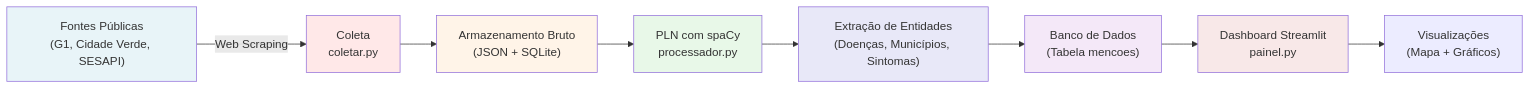
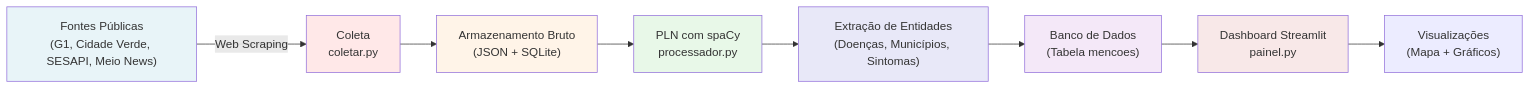
The first of 6 diagrams in docs/relatorio_tecnico.md (pedrolucas2530/E-Piau-), drawn with Mermaid before and after one commit. The commit also changed other lines of this file and 22 other files, not shown here.

````diff
--- a/docs/relatorio_tecnico.md
+++ b/docs/relatorio_tecnico.md
@@ -5,18 +5,18 @@
 ```mermaid
 graph LR
-    A["Fontes Públicas<br/>(G1, Cidade Verde, SESAPI)"] -->|Web Scraping| B["Coleta<br/>coletar.py"]
+    A["Fontes Públicas<br/>(G1, Cidade Verde, SESAPI, Meio News)"] -->|Web Scraping| B["Coleta<br/>coletar.py"]
     B --> C["Armazenamento Bruto<br/>(JSON + SQLite)"]
     C --> D["PLN com spaCy<br/>processador.py"]
     D --> E["Extração de Entidades<br/>(Doenças, Municípios, Sintomas)"]
     E --> F["Banco de Dados<br/>(Tabela mencoes)"]
     F --> G["Dashboard Streamlit<br/>painel.py"]
     G --> H["Visualizações<br/>(Mapa + Gráficos)"]
     
     style A fill:#e8f4f8
     style B fill:#ffe8e8
     style C fill:#fff4e8
     style D fill:#e8f8e8
     style E fill:#e8e8f8
     style F fill:#f4e8f8
     style G fill:#f8e8e8
 ```
````
